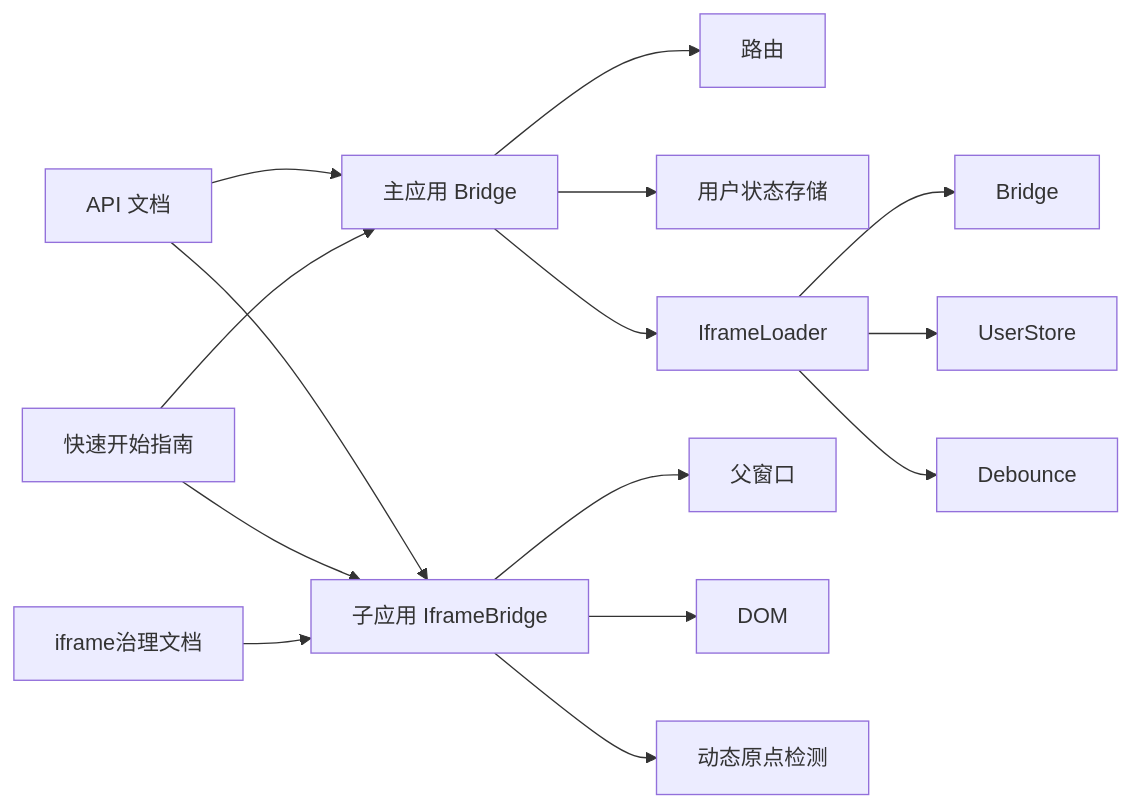
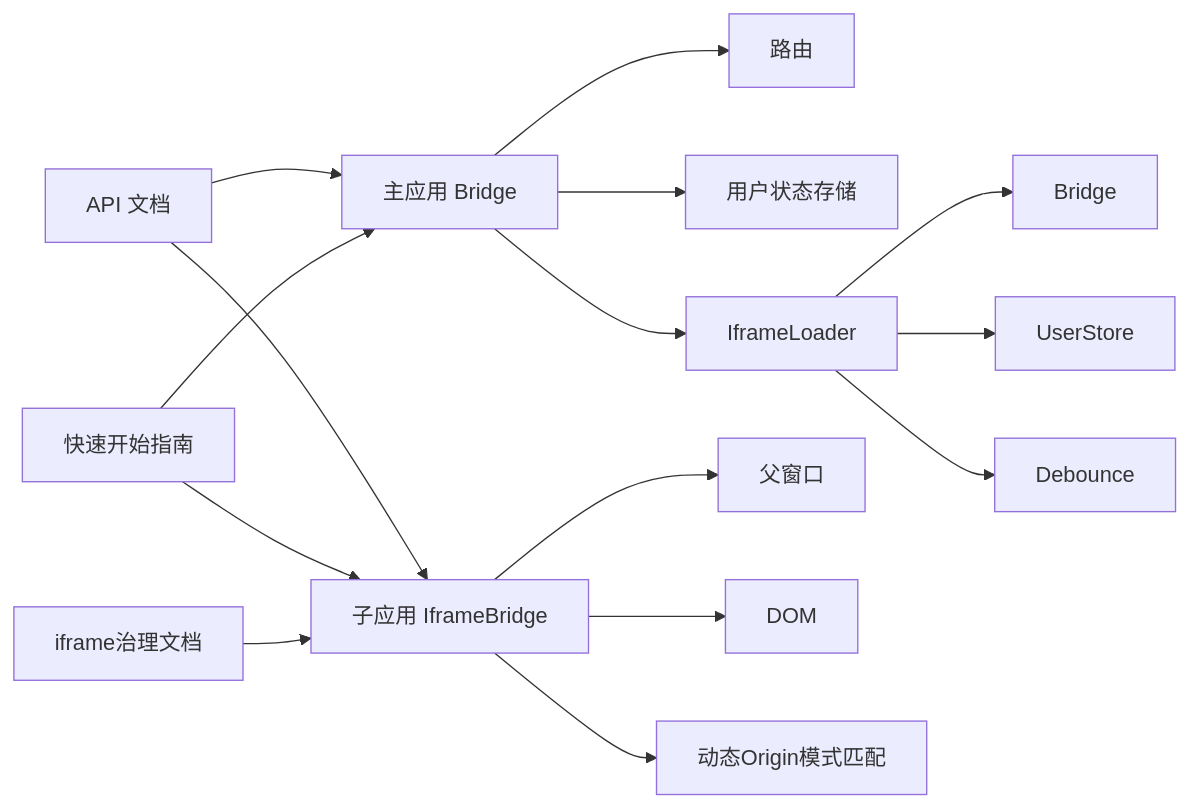
One commit to my-Sitara/artisan-base-frontend changed the fifth of 5 diagrams in .qoder/repowiki/zh/content/核心组件/跨应用通信系统.md. Above: the diagram before and after it, drawn with Mermaid. The commit also changed other lines of this file and 25 other files, not shown here.

````diff
--- a/.qoder/repowiki/zh/content/核心组件/跨应用通信系统.md
+++ b/.qoder/repowiki/zh/content/核心组件/跨应用通信系统.md
@@ -372,17 +382,17 @@
 ```mermaid
 graph LR
 M_Bridge["主应用 Bridge"] --> Router["路由"]
 M_Bridge --> Store["用户状态存储"]
 M_Bridge --> IframeLoader["IframeLoader"]
 I_Bridge["子应用 IframeBridge"] --> Parent["父窗口"]
 I_Bridge --> DOM["DOM"]
-I_Bridge --> DynamicOrigin["动态原点检测"]
+I_Bridge --> DynamicOrigin["动态Origin模式匹配"]
 IframeLoader --> Bridge["Bridge"]
 IframeLoader --> UserStore["UserStore"]
 IframeLoader --> Debounce["Debounce"]
 Docs_API["API 文档"] --> M_Bridge
 Docs_API --> I_Bridge
 Docs_Guide["快速开始指南"] --> M_Bridge
 Docs_Guide --> I_Bridge
 Docs_IFrame["iframe治理文档"] --> I_Bridge
 ```
````
